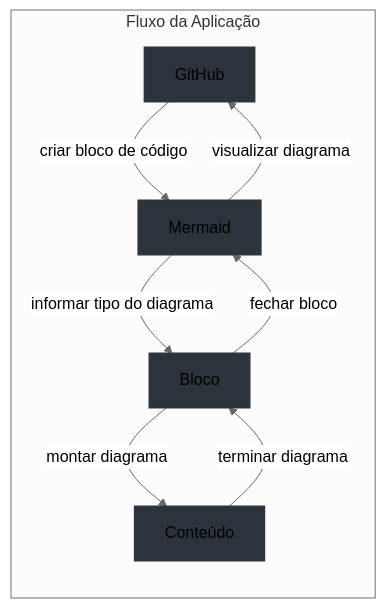
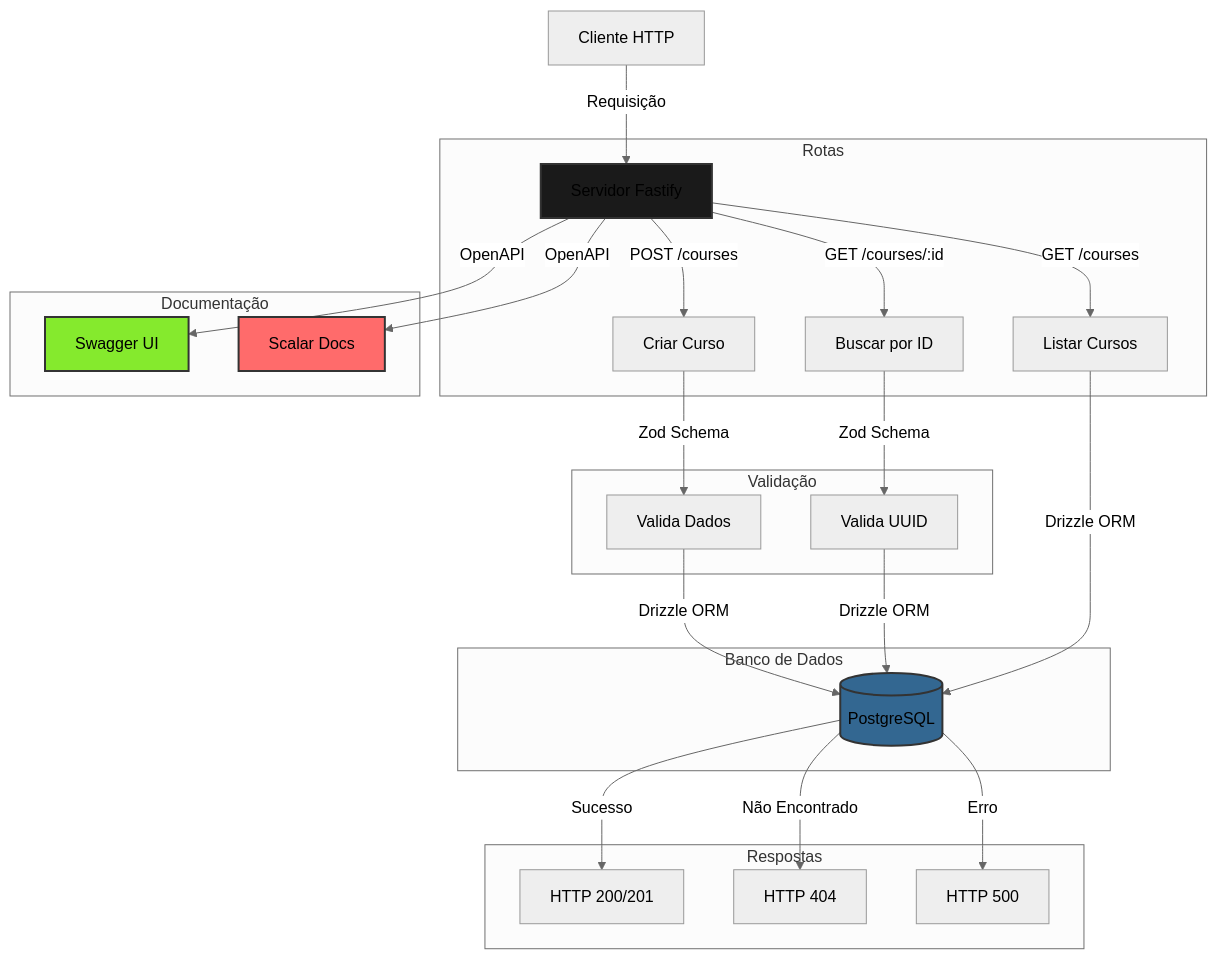
One commit to Leonardo-Maciel-S/Node-fastify-rocketseat changed the diagram in README.md. Above: the diagram before and after it, drawn with Mermaid (neutral theme).

Commit message:
docs: change diagram mermaid

````diff
--- a/README.md
+++ b/README.md
@@ -41,16 +41,37 @@
 ```mermaid
-graph LR
-    subgraph Fluxo da Aplicação
-        A[GitHub] -->|criar bloco de código| B[Mermaid]
-        B -->|informar tipo do diagrama| C[Bloco]
-        C -->|montar diagrama| D[Conteúdo]
-        D -->|terminar diagrama| C
-        C -->|fechar bloco| B
-        B -->|visualizar diagrama| A
+graph TD
+    Client[Cliente HTTP] -->|Requisição| Server[Servidor Fastify]
+
+    subgraph Rotas
+        Server -->|POST /courses| Create[Criar Curso]
+        Server -->|GET /courses| List[Listar Cursos]
+        Server -->|GET /courses/:id| GetById[Buscar por ID]
     end
 
-    style A fill:#2D333B,stroke:#30363D,stroke-width:2px
-    style B fill:#2D333B,stroke:#30363D,stroke-width:2px
-    style C fill:#2D333B,stroke:#30363D,stroke-width:2px
-    style D fill:#2D333B,stroke:#30363D,stroke-width:2px
+    subgraph Validação
+        Create -->|Zod Schema| ValidateCreate[Valida Dados]
+        GetById -->|Zod Schema| ValidateId[Valida UUID]
+    end
+
+    subgraph Banco de Dados
+        ValidateCreate -->|Drizzle ORM| DB[(PostgreSQL)]
+        ValidateId -->|Drizzle ORM| DB
+        List -->|Drizzle ORM| DB
+    end
+
+    subgraph Respostas
+        DB -->|Sucesso| Success[HTTP 200/201]
+        DB -->|Não Encontrado| NotFound[HTTP 404]
+        DB -->|Erro| Error[HTTP 500]
+    end
+
+    subgraph Documentação
+        Server -->|OpenAPI| Swagger[Swagger UI]
+        Server -->|OpenAPI| Scalar[Scalar Docs]
+    end
+
+    style Server fill:#1a1a1a,stroke:#333,stroke-width:2px
+    style DB fill:#336791,stroke:#333,stroke-width:2px
+    style Swagger fill:#85ea2d,stroke:#333,stroke-width:2px
+    style Scalar fill:#ff6b6b,stroke:#333,stroke-width:2px
 ```
````
